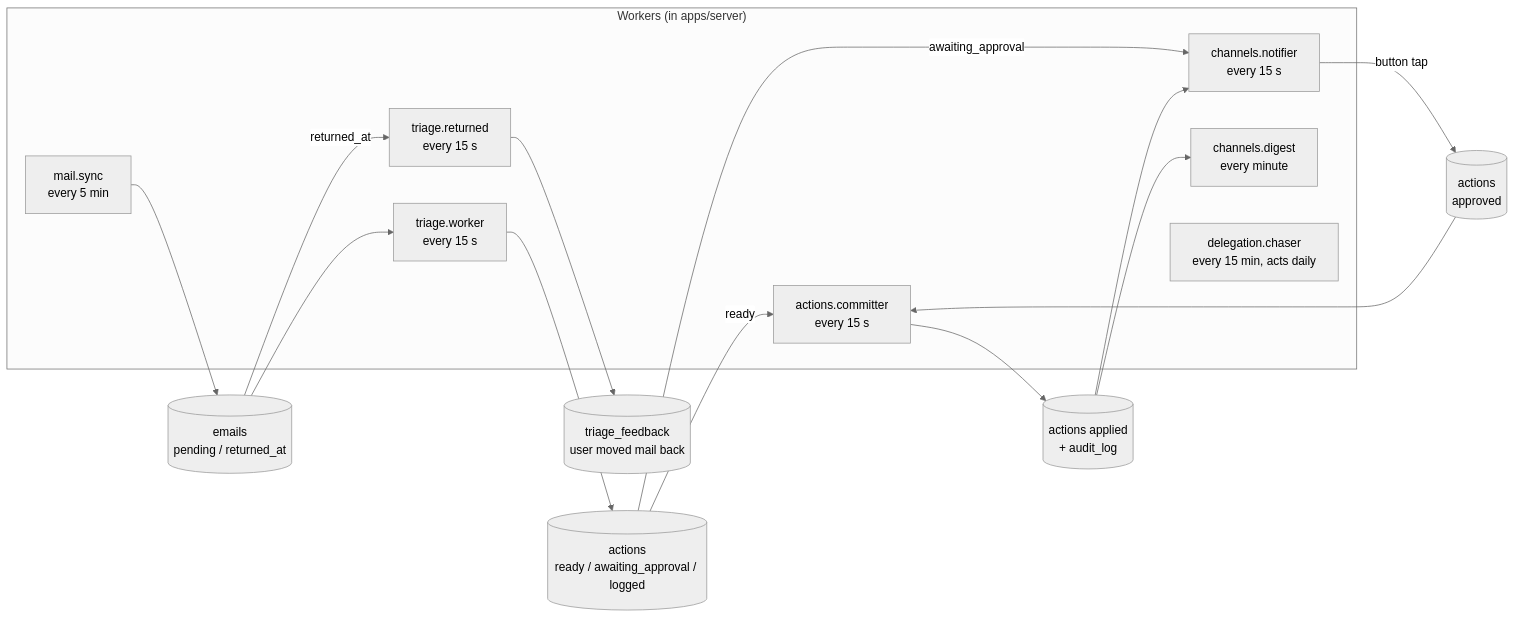
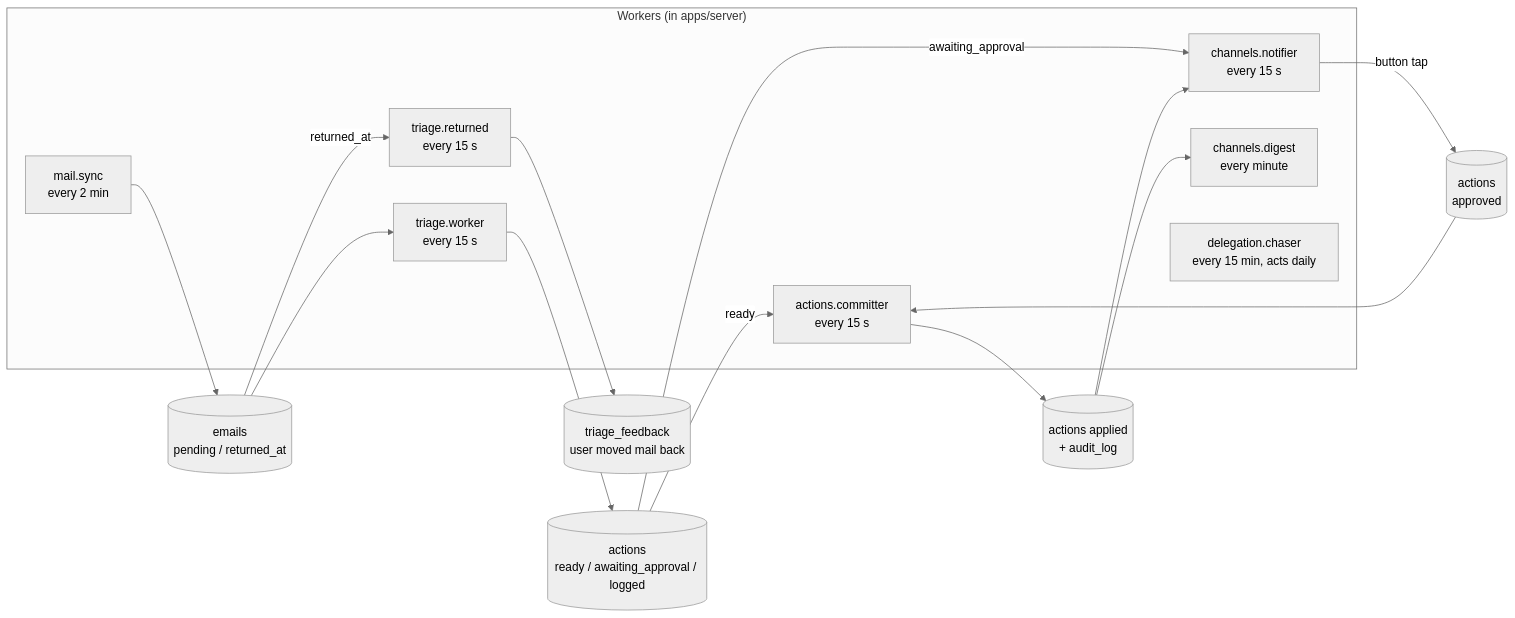
The diagram in docs/modules.md (Artexs/email_assistant), drawn with Mermaid (neutral theme) before and after one commit. The commit also changed other lines of this file and 11 other files, not shown here.

````diff
--- a/docs/modules.md
+++ b/docs/modules.md
@@ -32,25 +32,25 @@
 ```mermaid
 flowchart LR
     subgraph Jobs["Workers (in apps/server)"]
-        J1[mail.sync<br/>every 5 min]
+        J1[mail.sync<br/>every 2 min]
         J2[triage.worker<br/>every 15 s]
         J3[actions.committer<br/>every 15 s]
         J4[channels.notifier<br/>every 15 s]
         J5[channels.digest<br/>every minute]
         J6[delegation.chaser<br/>every 15 min, acts daily]
         J7[triage.returned<br/>every 15 s]
     end
 
     J1 --> E1[(emails<br/>pending / returned_at)]
     E1 --> J2
     E1 -->|returned_at| J7
     J7 --> F1[(triage_feedback<br/>user moved mail back)]
     J2 --> A1[(actions<br/>ready / awaiting_approval / logged)]
     A1 -->|ready| J3
     A1 -->|awaiting_approval| J4
     J4 -->|button tap| A2[(actions<br/>approved)]
     A2 --> J3
     J3 --> A3[(actions applied<br/>+ audit_log)]
     A3 --> J4
     A3 --> J5
 ```
````
